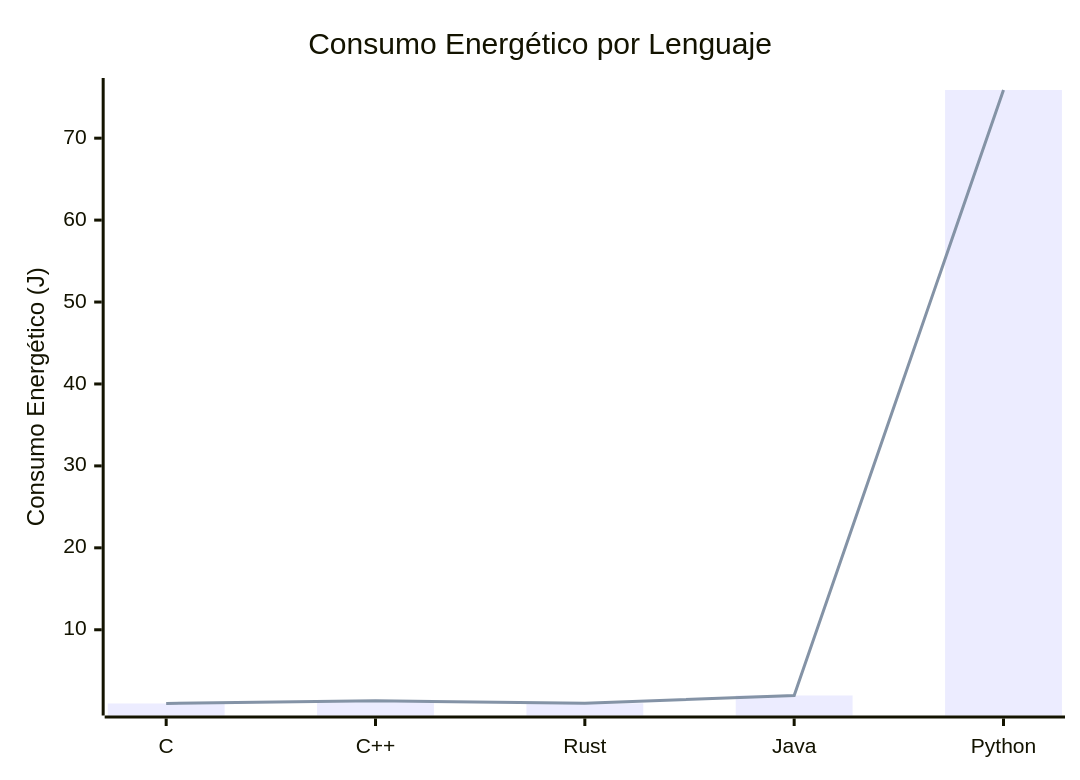
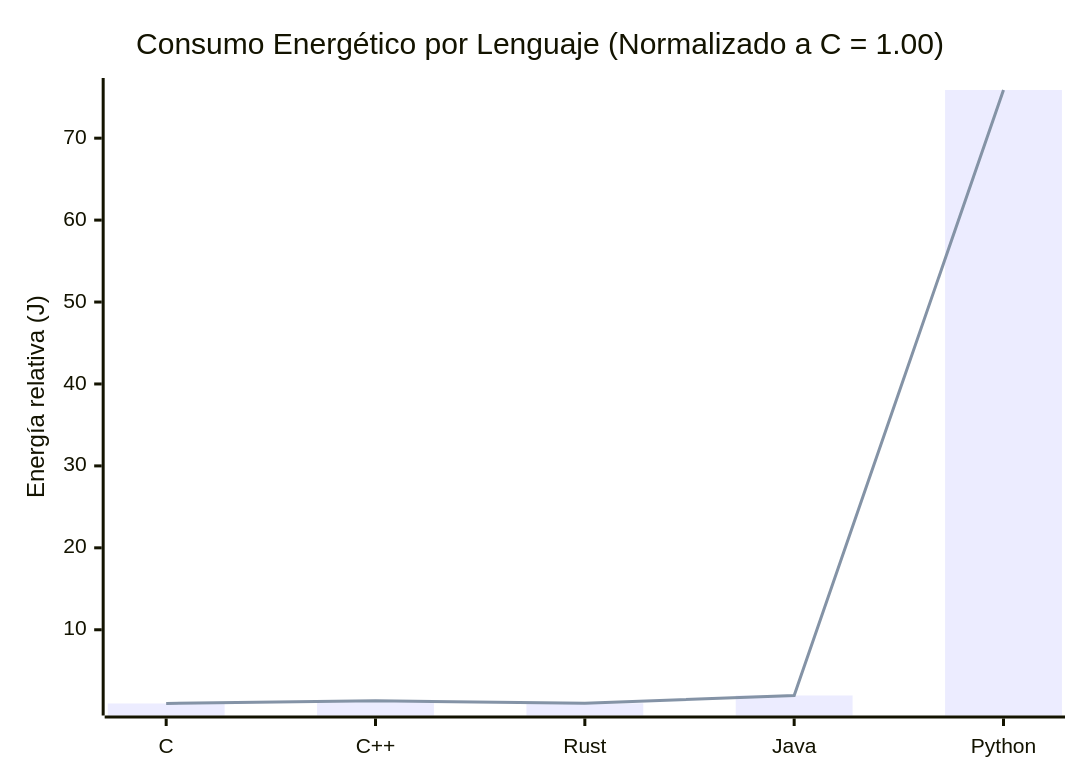
Before and after one commit to CPC-GALLOS/CPC-GALLOS.github.io: the second of 4 diagrams in _posts/2024-08-05-Por_que_Cpp.md, drawn with Mermaid. The commit also changed other lines of this file and 4 other files, not shown here.

````diff
--- a/_posts/2024-08-05-Por_que_Cpp.md
+++ b/_posts/2024-08-05-Por_que_Cpp.md
@@ -61,8 +85,8 @@
 ```mermaid
 xychart-beta
-    title "Consumo Energético por Lenguaje"
+    title "Consumo Energético por Lenguaje (Normalizado a C = 1.00)"
     x-axis ["C", "C++", "Rust", "Java", "Python"]
-    y-axis "Consumo Energético (J)"
+    y-axis "Energía relativa (J)"
     bar [1.00, 1.34, 1.03, 1.98, 75.88]
-    line[1.00, 1.34, 1.03, 1.98, 75.88]
+    line [1.00, 1.34, 1.03, 1.98, 75.88]
 ```
````
